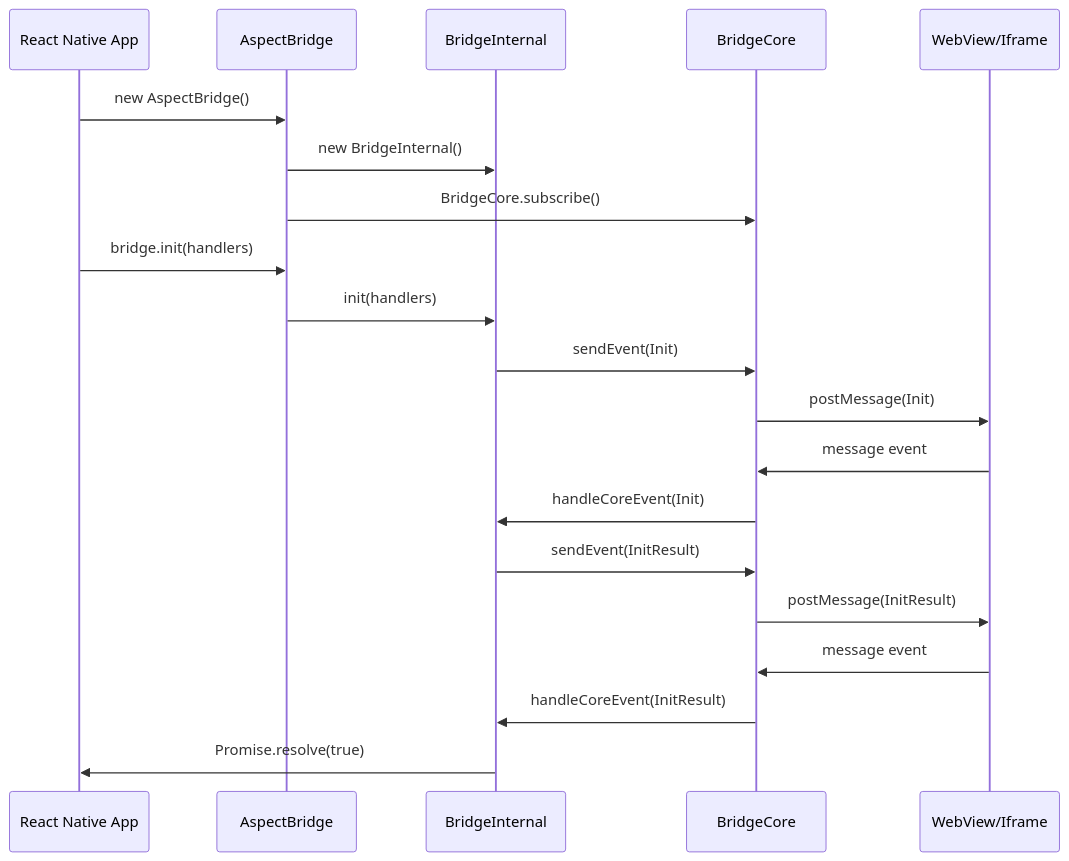
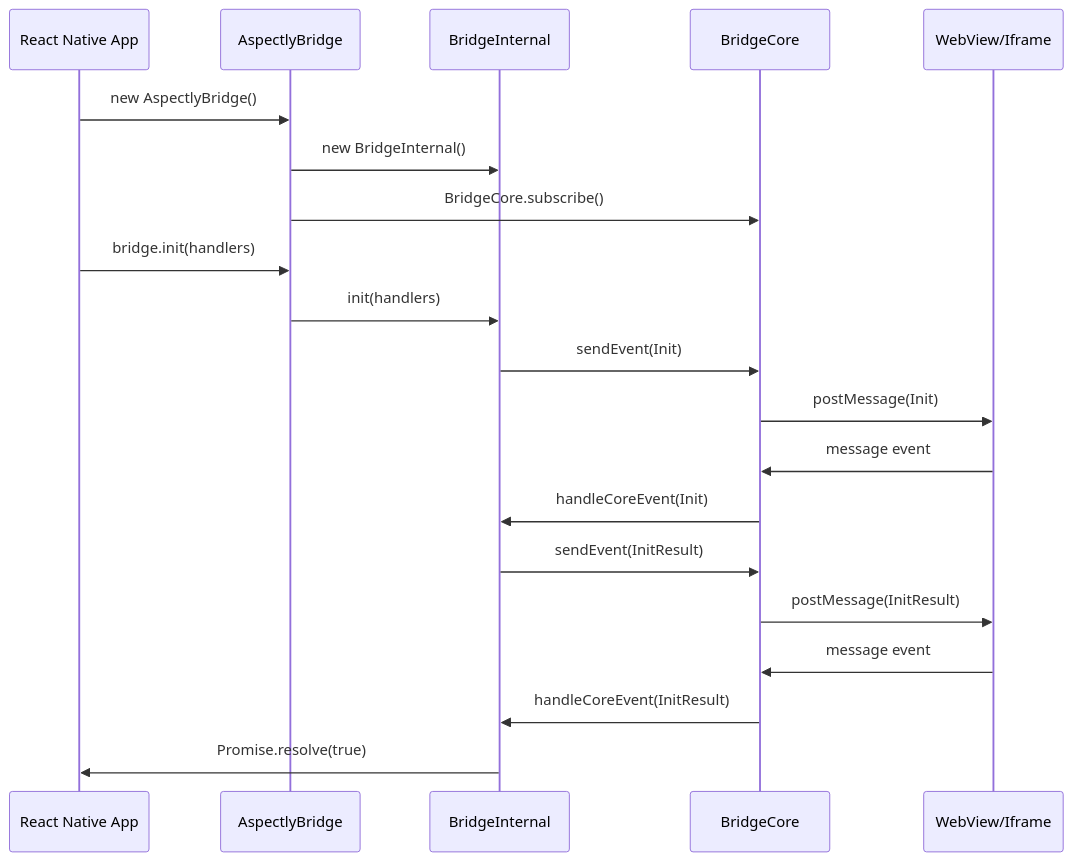
The first of 3 diagrams in docs/ARCHITECTURE.md (JeanIsahakyan/chirp), drawn with Mermaid before and after one commit. The commit also changed other lines of this file and 33 other files, not shown here.

First line of the commit message:
refactor: rename aspect to aspectly across the codebase

````diff
--- a/docs/ARCHITECTURE.md
+++ b/docs/ARCHITECTURE.md
@@ -147,26 +147,26 @@
 ```mermaid
 sequenceDiagram
     participant App as React Native App
-    participant Bridge as AspectBridge
+    participant Bridge as AspectlyBridge
     participant Internal as BridgeInternal
     participant Core as BridgeCore
     participant Web as WebView/Iframe
 
-    App->>Bridge: new AspectBridge()
+    App->>Bridge: new AspectlyBridge()
     Bridge->>Internal: new BridgeInternal()
     Bridge->>Core: BridgeCore.subscribe()
     
     App->>Bridge: bridge.init(handlers)
     Bridge->>Internal: init(handlers)
     Internal->>Core: sendEvent(Init)
     Core->>Web: postMessage(Init)
     
     Web->>Core: message event
     Core->>Internal: handleCoreEvent(Init)
     Internal->>Core: sendEvent(InitResult)
     Core->>Web: postMessage(InitResult)
     
     Web->>Core: message event
     Core->>Internal: handleCoreEvent(InitResult)
     Internal->>App: Promise.resolve(true)
 ```
````
